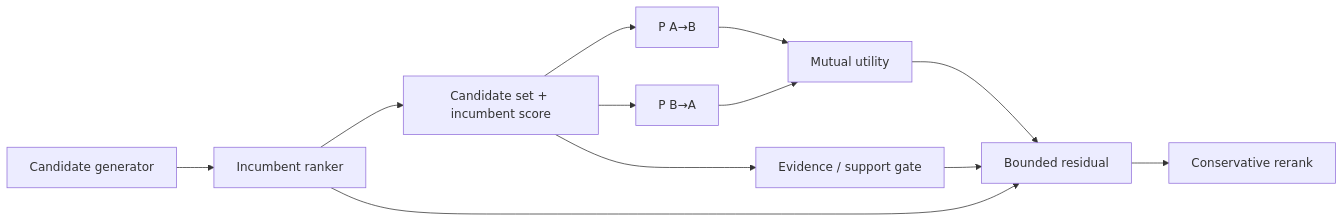
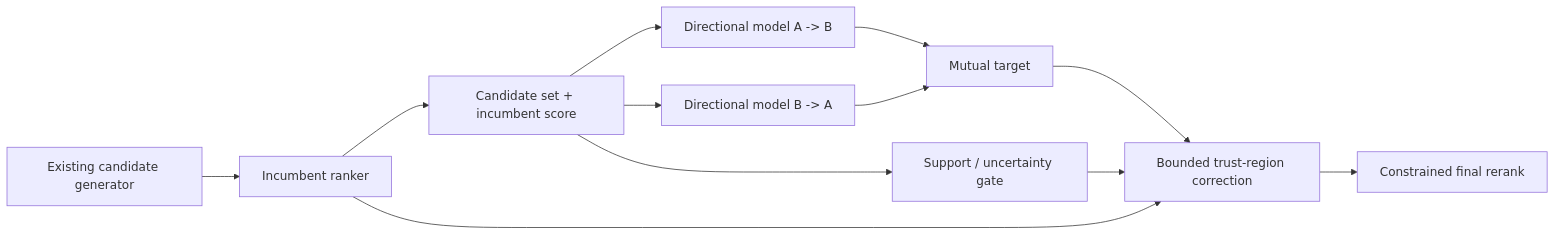
The diagram in README.md (dorukanuyar-tech/domamutzer-research), drawn with Mermaid before and after one commit. The commit also changed other lines of this file and 10 other files, not shown here.

````diff
--- a/README.md
+++ b/README.md
@@ -15,14 +55,14 @@
 ```mermaid
 flowchart LR
-    A[Candidate generator] --> B[Incumbent ranker]
+    A[Existing candidate generator] --> B[Incumbent ranker]
     B --> C[Candidate set + incumbent score]
-    C --> D1[P A→B]
-    C --> D2[P B→A]
-    D1 --> E[Mutual utility]
+    C --> D1[Directional model A -> B]
+    C --> D2[Directional model B -> A]
+    D1 --> E[Mutual target]
     D2 --> E
-    C --> F[Evidence / support gate]
-    E --> G[Bounded residual]
+    C --> F[Support / uncertainty gate]
+    E --> G[Bounded trust-region correction]
     F --> G
     B --> G
-    G --> H[Conservative rerank]
+    G --> H[Constrained final rerank]
 ```
````
